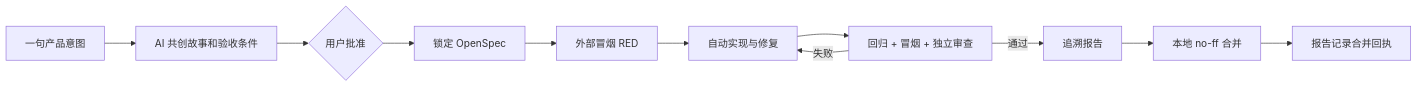
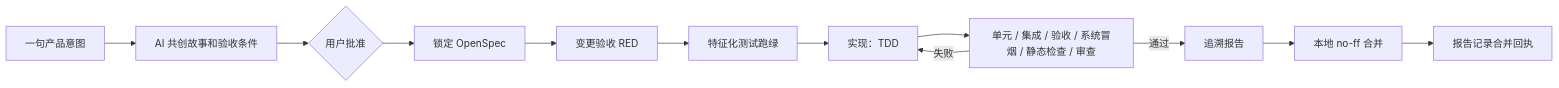
One commit to jinlin725168-ai/storyloop changed the diagram in docs/product-iteration-guide.md. Above: the diagram before and after it, drawn with Mermaid. The commit also changed other lines of this file and 50 other files, not shown here.

First line of the commit message:
feat(loop): 五层测试各在其环节：系统冒烟、变更验收、特征化门、单元/集成/静态检查分层；撤掉 ui_regression

````diff
--- a/docs/product-iteration-guide.md
+++ b/docs/product-iteration-guide.md
@@ -141,13 +144,14 @@
 ```mermaid
 flowchart LR
     A[一句产品意图] --> B[AI 共创故事和验收条件]
     B --> C{用户批准}
     C --> D[锁定 OpenSpec]
-    D --> E[外部冒烟 RED]
-    E --> F[自动实现与修复]
-    F --> G[回归 + 冒烟 + 独立审查]
+    D --> E[变更验收 RED]
+    E --> E2[特征化测试跑绿]
+    E2 --> F[实现：TDD]
+    F --> G[单元 / 集成 / 验收 / 系统冒烟 / 静态检查 / 审查]
     G -->|失败| F
     G -->|通过| H[追溯报告]
     H --> I[本地 no-ff 合并]
     I --> J[报告记录合并回执]
 ```
````
